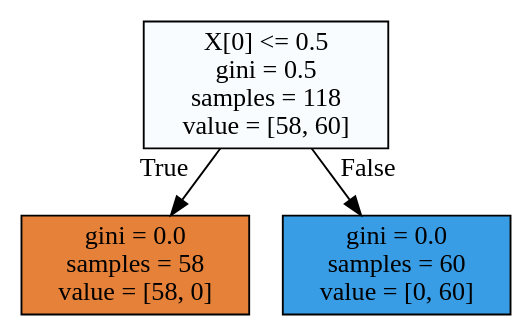
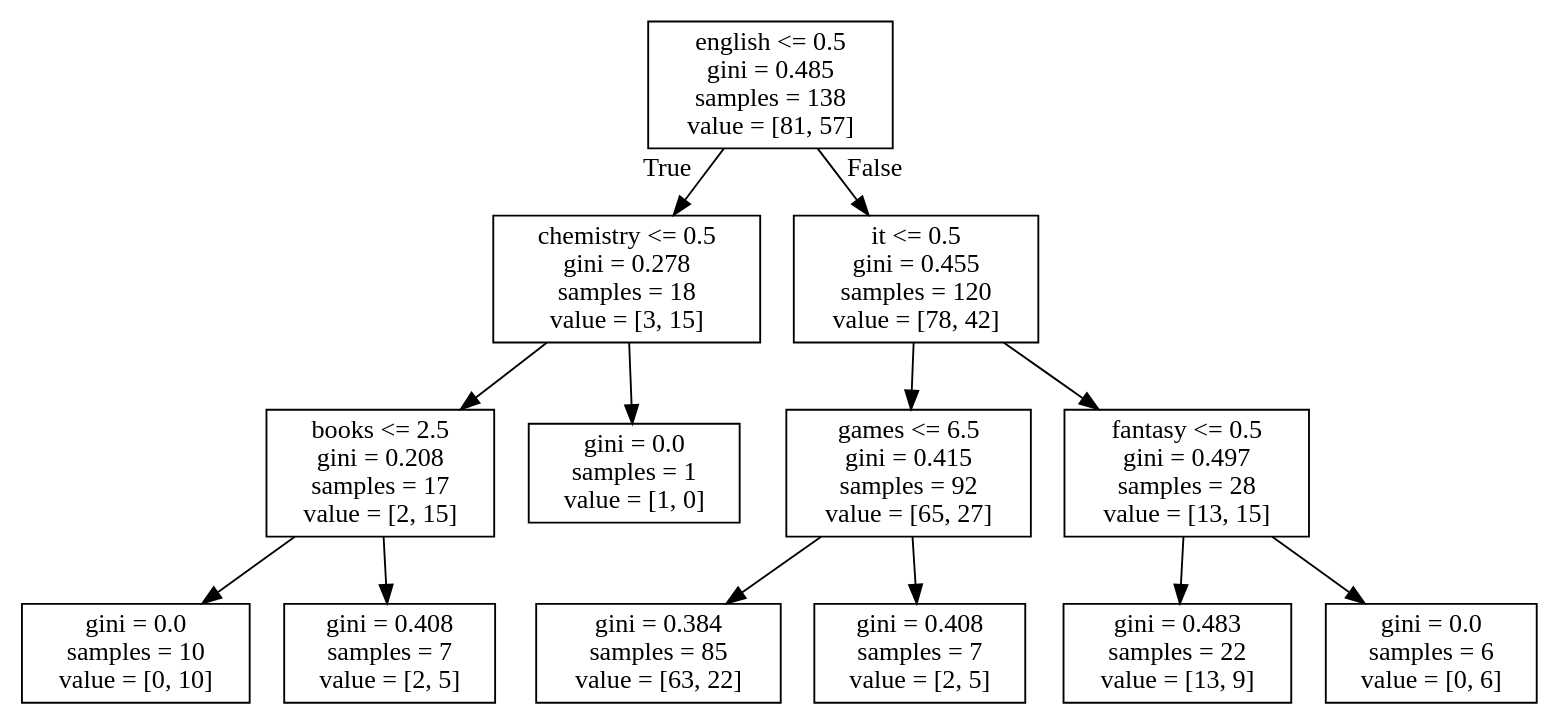
One commit to EdenStabbfer/HomeWork changed the diagram in second_trim/hw_5_classification/tree.dot. Above: the diagram before and after it, drawn with Graphviz. The commit also changed 3 other files, not shown here.

```diff
--- a/second_trim/hw_5_classification/tree.dot
+++ b/second_trim/hw_5_classification/tree.dot
@@ -1,8 +1,28 @@
 digraph Tree {
-node [shape=box, style="filled", color="black"] ;
-0 [label="X[0] <= 0.5\ngini = 0.5\nsamples = 118\nvalue = [58, 60]", fillcolor="#f8fcfe"] ;
-1 [label="gini = 0.0\nsamples = 58\nvalue = [58, 0]", fillcolor="#e58139"] ;
+node [shape=box] ;
+0 [label="english <= 0.5\ngini = 0.485\nsamples = 138\nvalue = [81, 57]"] ;
+1 [label="chemistry <= 0.5\ngini = 0.278\nsamples = 18\nvalue = [3, 15]"] ;
 0 -> 1 [labeldistance=2.5, labelangle=45, headlabel="True"] ;
-2 [label="gini = 0.0\nsamples = 60\nvalue = [0, 60]", fillcolor="#399de5"] ;
-0 -> 2 [labeldistance=2.5, labelangle=-45, headlabel="False"] ;
+2 [label="books <= 2.5\ngini = 0.208\nsamples = 17\nvalue = [2, 15]"] ;
+1 -> 2 ;
+3 [label="gini = 0.0\nsamples = 10\nvalue = [0, 10]"] ;
+2 -> 3 ;
+4 [label="gini = 0.408\nsamples = 7\nvalue = [2, 5]"] ;
+2 -> 4 ;
+5 [label="gini = 0.0\nsamples = 1\nvalue = [1, 0]"] ;
+1 -> 5 ;
+6 [label="it <= 0.5\ngini = 0.455\nsamples = 120\nvalue = [78, 42]"] ;
+0 -> 6 [labeldistance=2.5, labelangle=-45, headlabel="False"] ;
+7 [label="games <= 6.5\ngini = 0.415\nsamples = 92\nvalue = [65, 27]"] ;
+6 -> 7 ;
+8 [label="gini = 0.384\nsamples = 85\nvalue = [63, 22]"] ;
+7 -> 8 ;
+9 [label="gini = 0.408\nsamples = 7\nvalue = [2, 5]"] ;
+7 -> 9 ;
+10 [label="fantasy <= 0.5\ngini = 0.497\nsamples = 28\nvalue = [13, 15]"] ;
+6 -> 10 ;
+11 [label="gini = 0.483\nsamples = 22\nvalue = [13, 9]"] ;
+10 -> 11 ;
+12 [label="gini = 0.0\nsamples = 6\nvalue = [0, 6]"] ;
+10 -> 12 ;
 }
```
